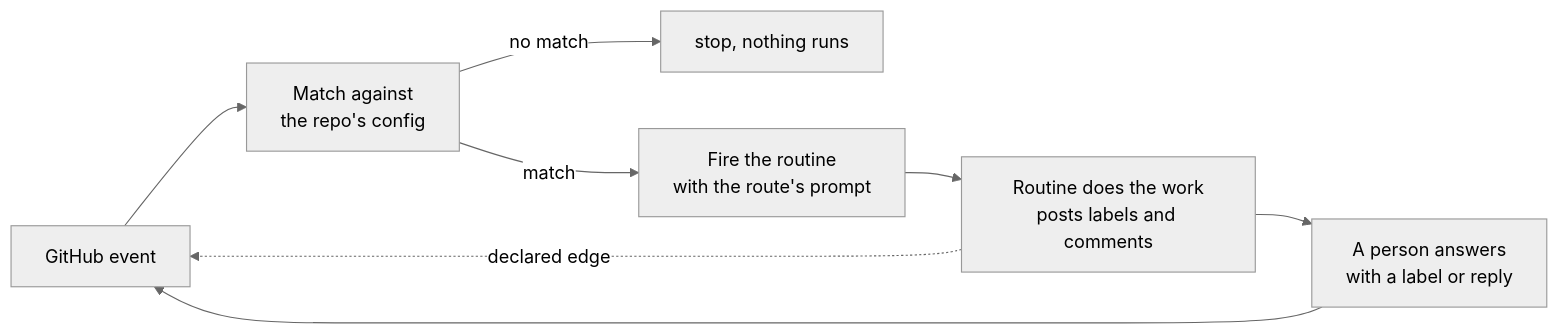
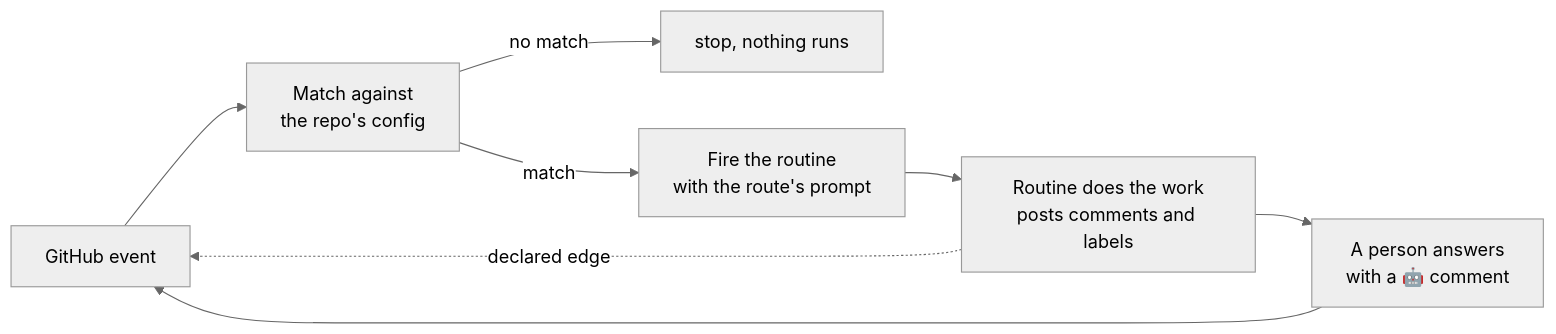
One commit to mattbrailsford/github-loop-orchestrator changed the diagram in README.md. Above: the diagram before and after it, drawn with Mermaid (neutral theme). The commit also changed other lines of this file and 7 other files, not shown here.

````diff
--- a/README.md
+++ b/README.md
@@ -36,10 +23,10 @@
 ```mermaid
 flowchart LR
   E["GitHub event"] --> M["Match against<br/>the repo's config"]
   M -->|"no match"| X["stop, nothing runs"]
   M -->|"match"| F["Fire the routine<br/>with the route's prompt"]
-  F --> R["Routine does the work<br/>posts labels and comments"]
-  R --> P["A person answers<br/>with a label or reply"]
+  F --> R["Routine does the work<br/>posts comments and labels"]
+  R --> P["A person answers<br/>with a 🤖 comment"]
   P --> E
   R -.->|"declared edge"| E
 ```
````
